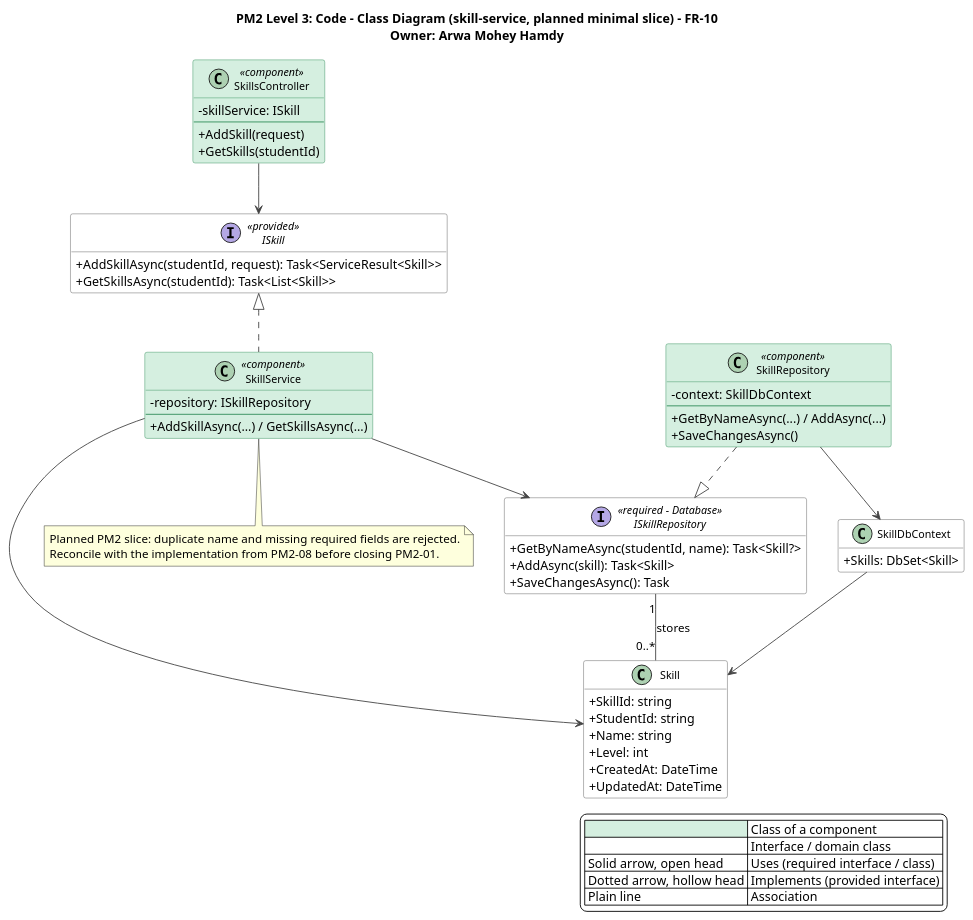
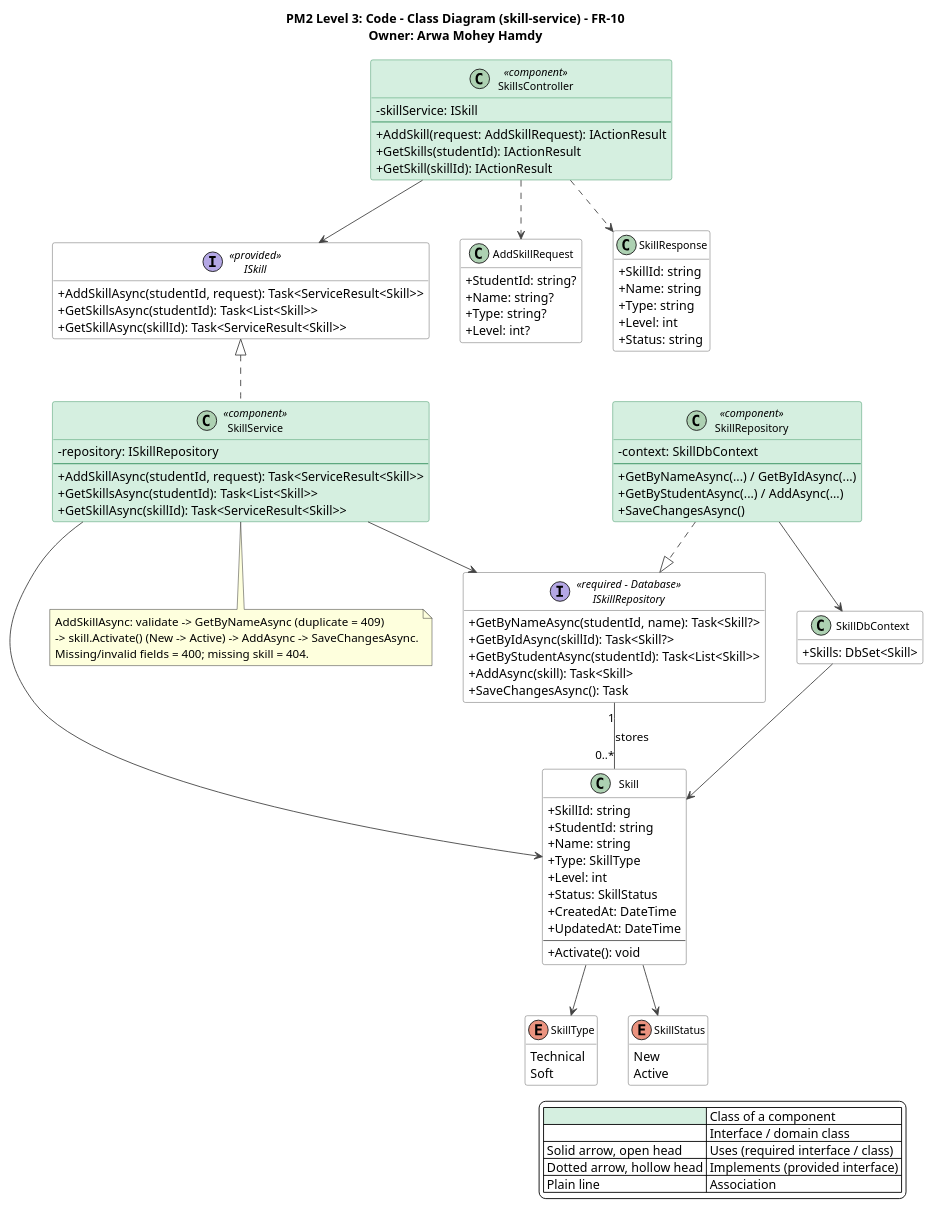
The diagram in docs/PM2/Part A — Design/Class Diagram/skill-service.puml (AIU-SoftWave/Aspirra), drawn with PlantUML before and after one commit. The commit also changed 14 other files, not shown here.

```diff
--- a/docs/PM2/Part A — Design/Class Diagram/skill-service.puml
+++ b/docs/PM2/Part A — Design/Class Diagram/skill-service.puml
@@ -1,89 +1,130 @@
 @startuml skill-service
-title PM2 Level 3: Code - Class Diagram (skill-service, planned minimal slice) - FR-10\nOwner: Arwa Mohey Hamdy
+title PM2 Level 3: Code - Class Diagram (skill-service) - FR-10\nOwner: Arwa Mohey Hamdy
 top to bottom direction
 skinparam shadowing false
 skinparam defaultFontName Segoe UI
 skinparam backgroundColor #FFFFFF
 skinparam classAttributeIconSize 0
 skinparam classFontSize 12
 skinparam nodesep 35
 skinparam ranksep 55
 skinparam ArrowColor #444444
 skinparam class {
   BackgroundColor #FFFFFF
   BorderColor #555555
   BackgroundColor<<component>> #D5EFE0
   BorderColor<<component>> #2E8B57
 }
 skinparam interface {
   BackgroundColor #FFFFFF
   BorderColor #555555
 }
 hide empty members
 
 legend right
   |<#D5EFE0>   | Class of a component |
   |<#FFFFFF>   | Interface / domain class |
   | Solid arrow, open head | Uses (required interface / class) |
   | Dotted arrow, hollow head | Implements (provided interface) |
   | Plain line | Association |
 endlegend
 
 interface ISkill <<provided>> {
   +AddSkillAsync(studentId, request): Task<ServiceResult<Skill>>
   +GetSkillsAsync(studentId): Task<List<Skill>>
+  +GetSkillAsync(skillId): Task<ServiceResult<Skill>>
 }
 
 class SkillsController <<component>> {
   -skillService: ISkill
   --
-  +AddSkill(request)
-  +GetSkills(studentId)
+  +AddSkill(request: AddSkillRequest): IActionResult
+  +GetSkills(studentId): IActionResult
+  +GetSkill(skillId): IActionResult
 }
 
 class SkillService <<component>> {
   -repository: ISkillRepository
   --
-  +AddSkillAsync(...) / GetSkillsAsync(...)
+  +AddSkillAsync(studentId, request): Task<ServiceResult<Skill>>
+  +GetSkillsAsync(studentId): Task<List<Skill>>
+  +GetSkillAsync(skillId): Task<ServiceResult<Skill>>
 }
 
 interface ISkillRepository <<required - Database>> {
   +GetByNameAsync(studentId, name): Task<Skill?>
+  +GetByIdAsync(skillId): Task<Skill?>
+  +GetByStudentAsync(studentId): Task<List<Skill>>
   +AddAsync(skill): Task<Skill>
   +SaveChangesAsync(): Task
 }
 
 class SkillRepository <<component>> {
   -context: SkillDbContext
   --
-  +GetByNameAsync(...) / AddAsync(...)
+  +GetByNameAsync(...) / GetByIdAsync(...)
+  +GetByStudentAsync(...) / AddAsync(...)
   +SaveChangesAsync()
 }
 
 class SkillDbContext {
   +Skills: DbSet<Skill>
 }
 
 class Skill {
   +SkillId: string
   +StudentId: string
   +Name: string
+  +Type: SkillType
   +Level: int
+  +Status: SkillStatus
   +CreatedAt: DateTime
   +UpdatedAt: DateTime
+  --
+  +Activate(): void
+}
+
+enum SkillType {
+  Technical
+  Soft
+}
+
+enum SkillStatus {
+  New
+  Active
+}
+
+class AddSkillRequest {
+  +StudentId: string?
+  +Name: string?
+  +Type: string?
+  +Level: int?
+}
+
+class SkillResponse {
+  +SkillId: string
+  +Name: string
+  +Type: string
+  +Level: int
+  +Status: string
 }
 
 SkillsController --> ISkill
+SkillsController ..> AddSkillRequest
+SkillsController ..> SkillResponse
 ISkill <|.. SkillService
 SkillService --> ISkillRepository
 SkillService --> Skill
 ISkillRepository "1" -- "0..*" Skill : stores
 SkillRepository ..|> ISkillRepository
 SkillRepository --> SkillDbContext
 SkillDbContext --> Skill
+Skill --> SkillType
+Skill --> SkillStatus
 
 note bottom of SkillService
-  Planned PM2 slice: duplicate name and missing required fields are rejected.
-  Reconcile with the implementation from PM2-08 before closing PM2-01.
+  AddSkillAsync: validate -> GetByNameAsync (duplicate = 409)
+  -> skill.Activate() (New -> Active) -> AddAsync -> SaveChangesAsync.
+  Missing/invalid fields = 400; missing skill = 404.
 end note
 @enduml
```
